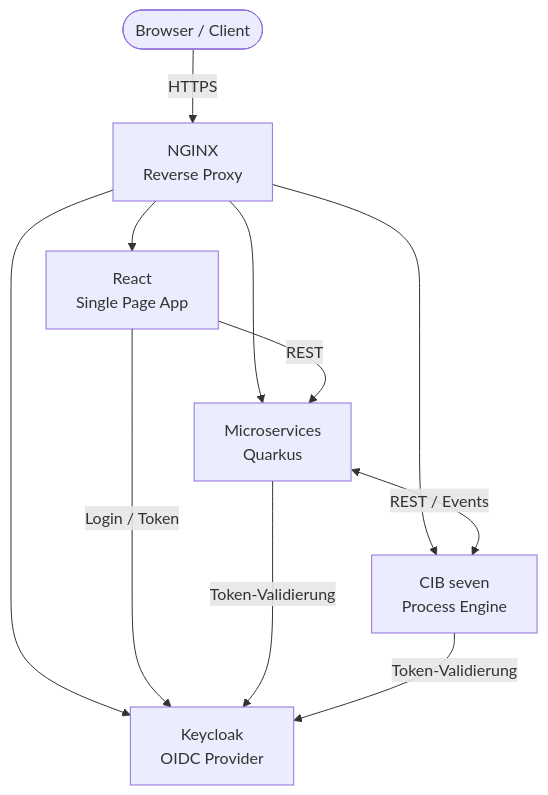
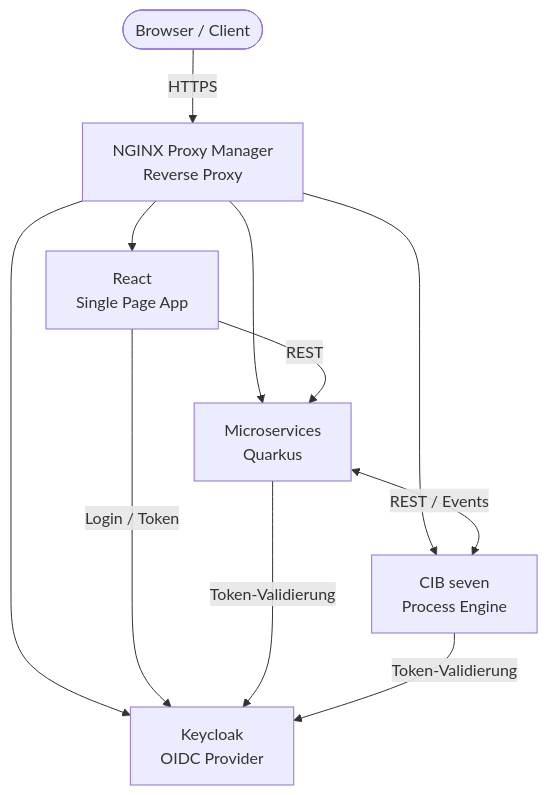
One commit to d135-1r43/winfprojekt changed the diagram in docs/technik/architektur.md. Above: the diagram before and after it, drawn with Mermaid. The commit also changed other lines of this file and 2 other files, not shown here.

First line of the commit message:
Architektur: Screenshots + NGINX Proxy Manager benennen

````diff
--- a/docs/technik/architektur.md
+++ b/docs/technik/architektur.md
@@ -11,22 +11,22 @@
 ```mermaid
 graph TD
     Browser(["Browser / Client"])
-    NGINX["NGINX\nReverse Proxy"]
+    NGINX["NGINX Proxy Manager\nReverse Proxy"]
     UI["React\nSingle Page App"]
     MS["Microservices\nQuarkus"]
     CIB["CIB seven\nProcess Engine"]
     Keycloak["Keycloak\nOIDC Provider"]
 
     Browser -->|HTTPS| NGINX
     NGINX --> UI
     NGINX --> MS
     NGINX --> CIB
     NGINX --> Keycloak
 
     UI -->|REST| MS
     UI -->|Login / Token| Keycloak
 
     MS <-->|REST / Events| CIB
     MS -->|Token-Validierung| Keycloak
     CIB -->|Token-Validierung| Keycloak
 ```
````
